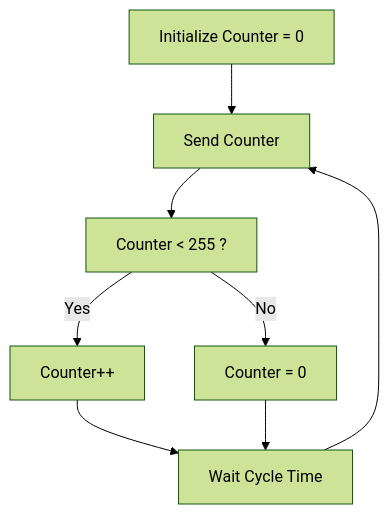
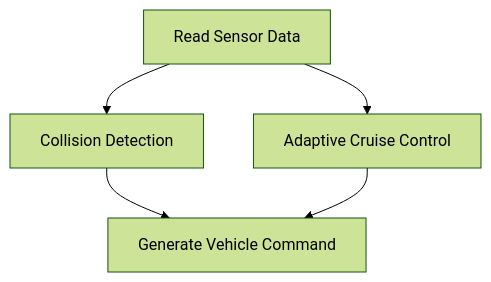
One commit to sekiya-mukai/arxml-parser-demo changed the third of 3 diagrams in README.md. Above: the diagram before and after it, drawn with Mermaid (forest theme). The commit also changed other lines of this file, not shown here.

````diff
--- a/README.md
+++ b/README.md
@@ -112,29 +75,17 @@
 ```mermaid
 flowchart TD
 
-    A["Initialize Counter = 0"]
+    A["Read Sensor Data"]
 
-    B["Send Counter"]
+    B["Collision Detection"]
 
-    C["Counter < 255 ?"]
+    C["Adaptive Cruise Control"]
 
-    D["Counter++"]
-
-    E["Counter = 0"]
-
-    F["Wait Cycle Time"]
+    D["Generate Vehicle Command"]
 
     A --> B
+    A --> C
 
-    B --> C
-
-    C -->|Yes| D
-
-    C -->|No| E
-
-    D --> F
-
-    E --> F
-
-    F --> B
+    B --> D
+    C --> D
 ```
````
